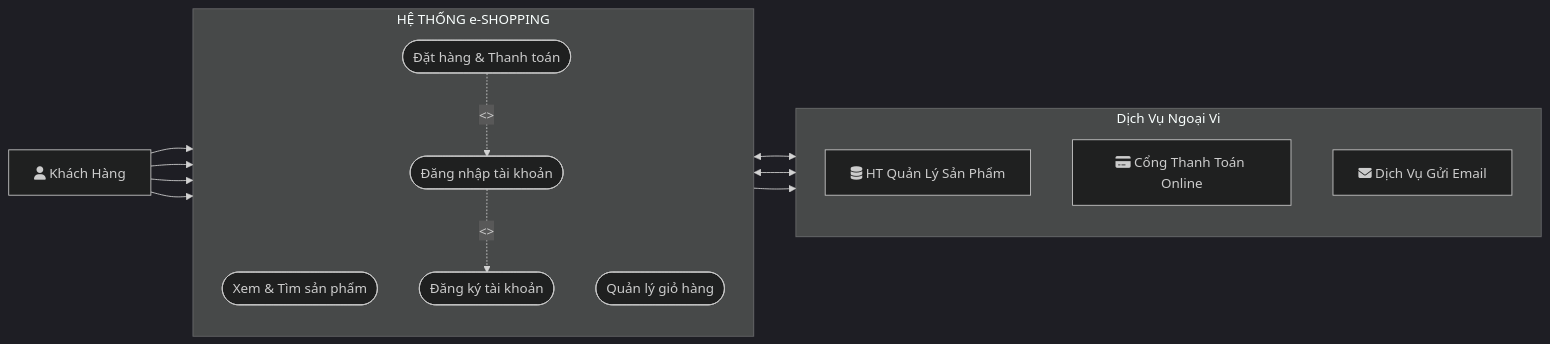
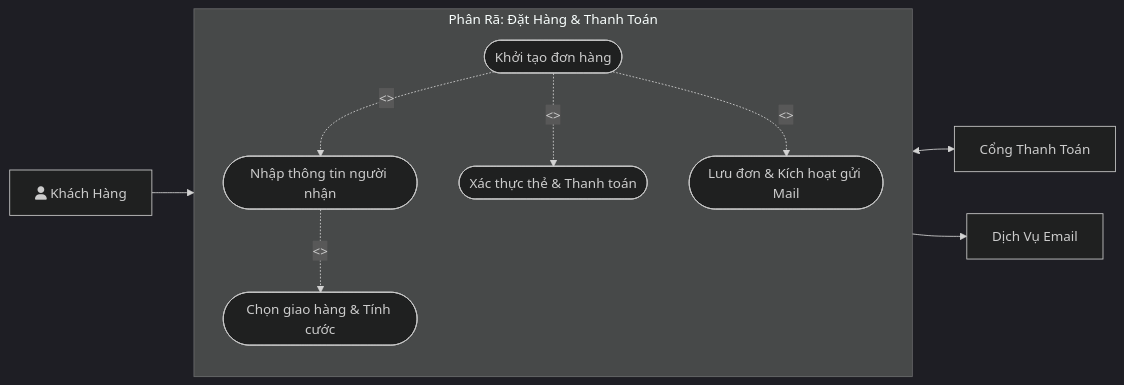
One commit to NguyenPhiLong517/LAB_OOSD changed the diagram in LAB04/README.md. Above: the diagram before and after it, drawn with Mermaid (dark theme).

````diff
--- a/LAB04/README.md
+++ b/LAB04/README.md
@@ -1,32 +1,24 @@
 ```mermaid
 flowchart LR
     KhachHang["fa:fa-user Khách Hàng"]
-    
-    subgraph External["Dịch Vụ Ngoại Vi"]
+    Bank["Cổng Thanh Toán"]
+    Mail["Dịch Vụ Email"]
+
+    subgraph CheckoutProcess["Phân Rã: Đặt Hàng & Thanh Toán"]
         direction TB
-        HT_SanPham["fa:fa-database HT Quản Lý Sản Phẩm"]
-        HT_ThanhToan["fa:fa-credit-card Cổng Thanh Toán Online"]
-        HT_Email["fa:fa-envelope Dịch Vụ Gửi Email"]
+        UC_Init(["Khởi tạo đơn hàng"])
+        UC_Receiver(["Nhập thông tin người nhận"])
+        UC_Shipping(["Chọn giao hàng & Tính cước"])
+        UC_Payment(["Xác thực thẻ & Thanh toán"])
+        UC_Invoice(["Lưu đơn & Kích hoạt gửi Mail"])
     end
 
-    subgraph eShopping["HỆ THỐNG e-SHOPPING"]
-        direction TB
-        UC1(["Xem & Tìm sản phẩm"])
-        UC2(["Quản lý giỏ hàng"])
-        UC3(["Đăng nhập tài khoản"])
-        UC4(["Đăng ký tài khoản"])
-        UC5(["Đặt hàng & Thanh toán"])
-    end
+    KhachHang --> UC_Init
+    UC_Init -. "<<include>>" .-> UC_Receiver
+    UC_Receiver -. "<<include>>" .-> UC_Shipping
+    UC_Init -. "<<include>>" .-> UC_Payment
+    UC_Init -. "<<include>>" .-> UC_Invoice
 
-    KhachHang --> UC1
-    KhachHang --> UC2
-    KhachHang --> UC3
-    KhachHang --> UC5
-
-    UC3 -. "<<extend>>" .-> UC4
-    UC5 -. "<<include>>" .-> UC3
-
-    UC1 <--> HT_SanPham
-    UC5 <--> HT_ThanhToan
-    UC5 --> HT_Email
+    UC_Payment <--> Bank
+    UC_Invoice --> Mail
 ```
````
